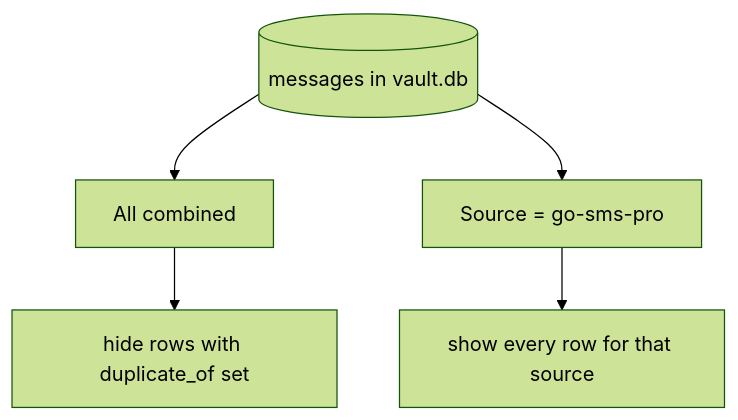
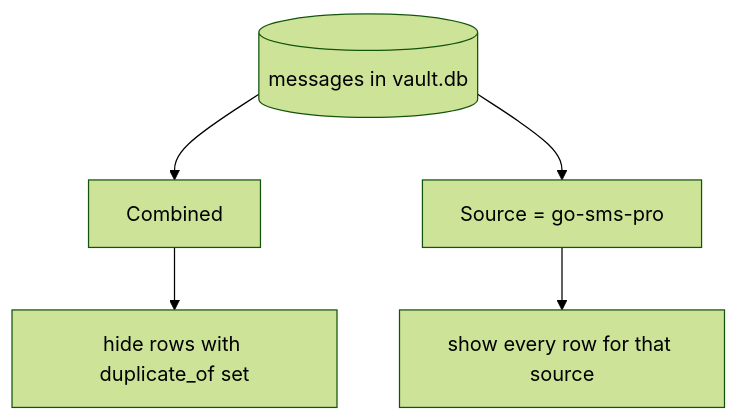
One commit to bitrealm-dev/message-vault-rs changed the fourth of 4 diagrams in docs/dedupe.md. Above: the diagram before and after it, drawn with Mermaid (forest theme). The commit also changed other lines of this file and 10 other files, not shown here.

````diff
--- a/docs/dedupe.md
+++ b/docs/dedupe.md
@@ -120,8 +122,8 @@
 ```mermaid
 flowchart TB
   rows[(messages in vault.db)]
-  rows --> allView["All combined"]
+  rows --> allView["Combined"]
   rows --> oneView["Source = go-sms-pro"]
   allView --> hide["hide rows with duplicate_of set"]
   oneView --> showAll["show every row for that source"]
 ```
````
